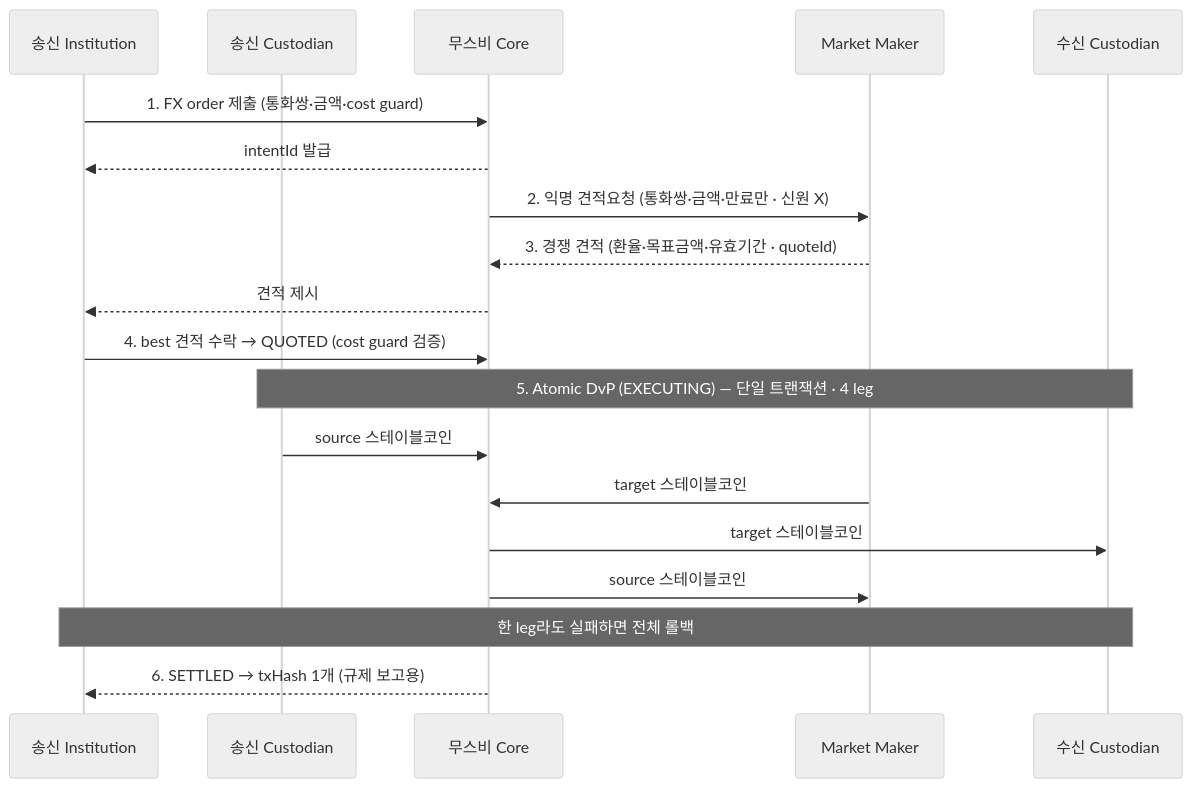
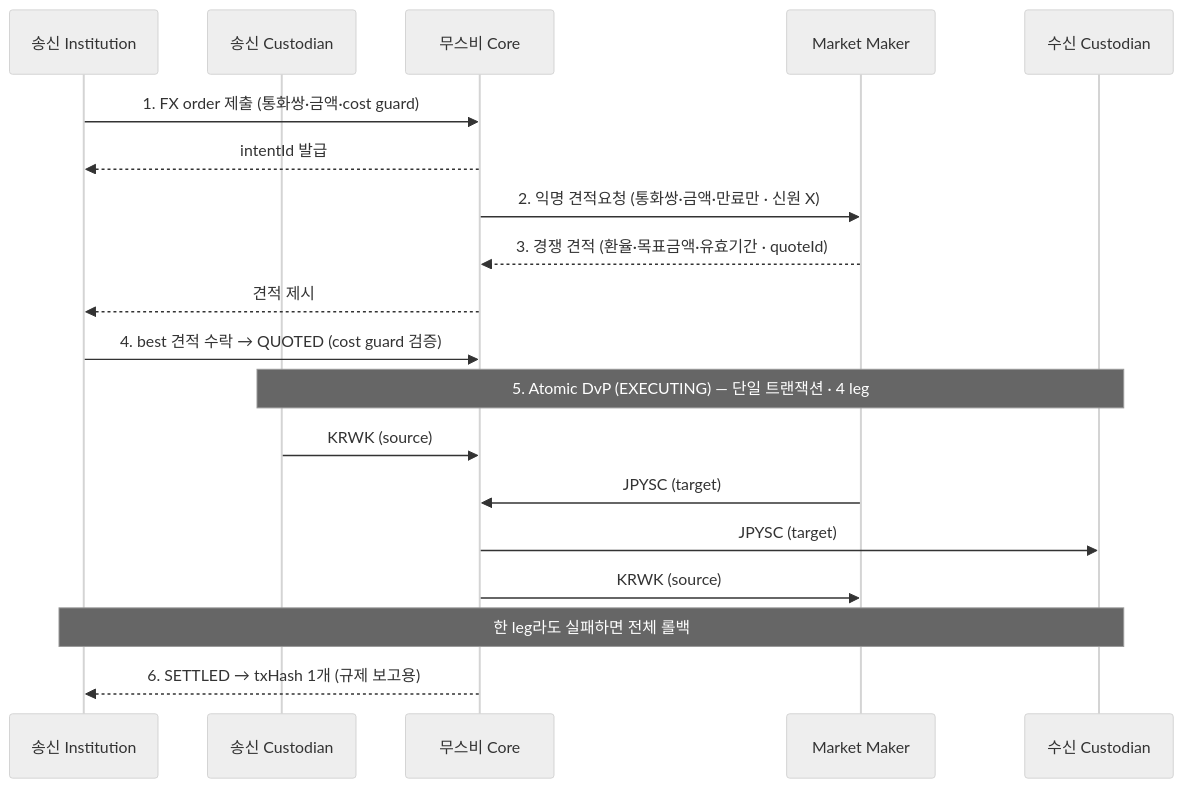
One commit to eunsujeo/canton-docs changed the diagram in dev/docs/poc/musubi-overview.md. Above: the diagram before and after it, drawn with Mermaid (neutral theme). The commit also changed 1 other file, not shown here.

Commit message:
docs(poc): architecture 리뷰 반영 (A~D)
A. §2 "커스터디언" → "Custodian" (문서 표기 통일)
B. "캔톤 네이티브 파티 호스팅"을 §2·§5 표에서도 "담당자 확인"으로 유보(과거 미확정 방침 일치)
C. confirming party "무스비" → "무스비 Core" (§4 서명 표)
D. musubi-overview §3 다이어그램 leg를 KRWK/JPYSC concrete로 통일(architecture §4와 일치)

````diff
--- a/dev/docs/poc/musubi-overview.md
+++ b/dev/docs/poc/musubi-overview.md
@@ -29,21 +29,21 @@
 ```mermaid
 sequenceDiagram
     participant I as 송신 Institution
     participant SC as 송신 Custodian
     participant V as 무스비 Core
     participant MM as Market Maker
     participant RC as 수신 Custodian
     I->>V: 1. FX order 제출 (통화쌍·금액·cost guard)
     V-->>I: intentId 발급
     V->>MM: 2. 익명 견적요청 (통화쌍·금액·만료만 · 신원 X)
     MM-->>V: 3. 경쟁 견적 (환율·목표금액·유효기간 · quoteId)
     V-->>I: 견적 제시
     I->>V: 4. best 견적 수락 → QUOTED (cost guard 검증)
     Note over SC,RC: 5. Atomic DvP (EXECUTING) — 단일 트랜잭션 · 4 leg
-    SC->>V: source 스테이블코인
-    MM->>V: target 스테이블코인
-    V->>RC: target 스테이블코인
-    V->>MM: source 스테이블코인
+    SC->>V: KRWK (source)
+    MM->>V: JPYSC (target)
+    V->>RC: JPYSC (target)
+    V->>MM: KRWK (source)
     Note over I,RC: 한 leg라도 실패하면 전체 롤백
     V-->>I: 6. SETTLED → txHash 1개 (규제 보고용)
 ```
````
